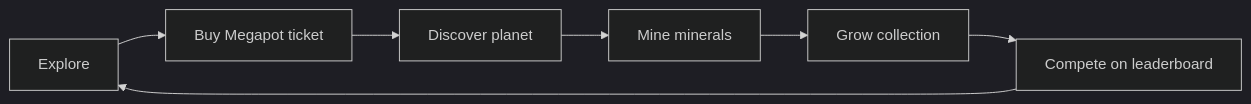
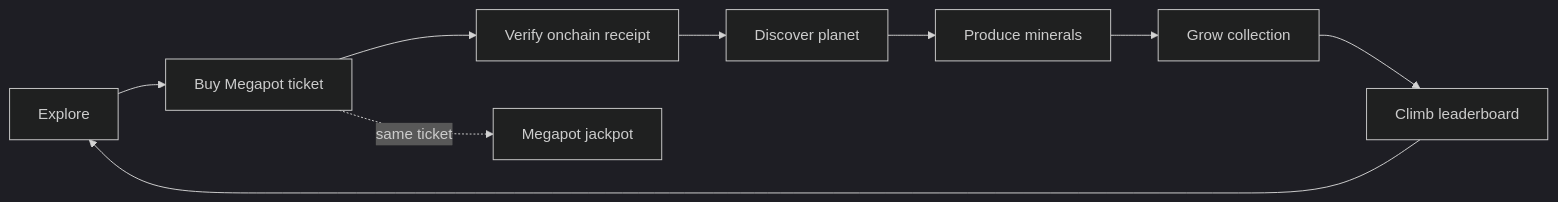
The first of 2 diagrams in README.md (AstralEX1/megastera), drawn with Mermaid (dark theme) before and after one commit. The commit also changed other lines of this file and 33 other files, not shown here.

````diff
--- a/README.md
+++ b/README.md
@@ -17,9 +25,11 @@
 ```mermaid
 flowchart LR
   A[Explore] --> B[Buy Megapot ticket]
-  B --> C[Discover planet]
-  C --> D[Mine minerals]
-  D --> E[Grow collection]
-  E --> F[Compete on leaderboard]
-  F --> A
+  B --> C[Verify onchain receipt]
+  C --> D[Discover planet]
+  D --> E[Produce minerals]
+  E --> F[Grow collection]
+  F --> G[Climb leaderboard]
+  G --> A
+  B -. same ticket .-> H[Megapot jackpot]
 ```
````
